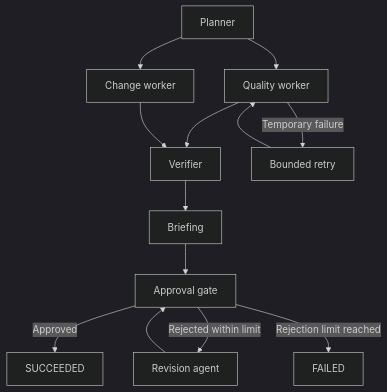
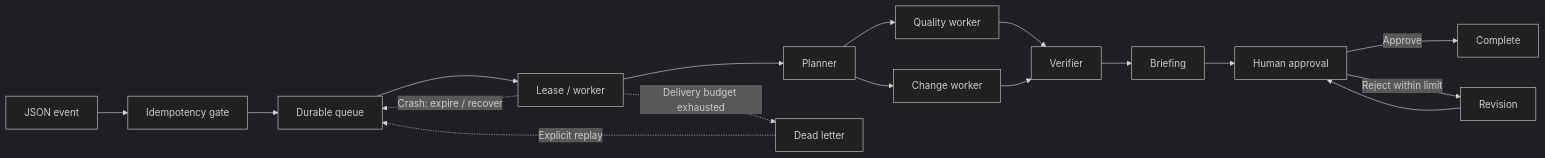
The diagram in README.md (MasterAerol/opscheck-flow), drawn with Mermaid (dark theme) before and after one commit. The commit also changed other lines of this file and 12 other files, not shown here.

Commit message:
docs: polish OpsCheck Flow portfolio presentation

````diff
--- a/README.md
+++ b/README.md
@@ -38,15 +11,19 @@
 ```mermaid
-flowchart TD
-    P[Planner] --> Q[Quality worker]
+flowchart LR
+    E[JSON event] --> I[Idempotency gate]
+    I --> Q[Durable queue]
+    Q --> W[Lease / worker]
+    W --> P[Planner]
+    P --> D[Quality worker]
     P --> C[Change worker]
-    Q --> V[Verifier]
+    D --> V[Verifier]
     C --> V
     V --> B[Briefing]
-    B --> G[Approval gate]
-    G -->|Approved| S[SUCCEEDED]
-    G -->|Rejected within limit| H[Revision agent]
-    H --> G
-    G -->|Rejection limit reached| F[FAILED]
-    Q -->|Temporary failure| R[Bounded retry]
-    R --> Q
+    B --> H[Human approval]
+    H -->|Approve| S[Complete]
+    H -->|Reject within limit| R[Revision]
+    R --> H
+    W -.->|Crash: expire / recover| Q
+    W -.->|Delivery budget exhausted| X[Dead letter]
+    X -.->|Explicit replay| Q
 ```
````
